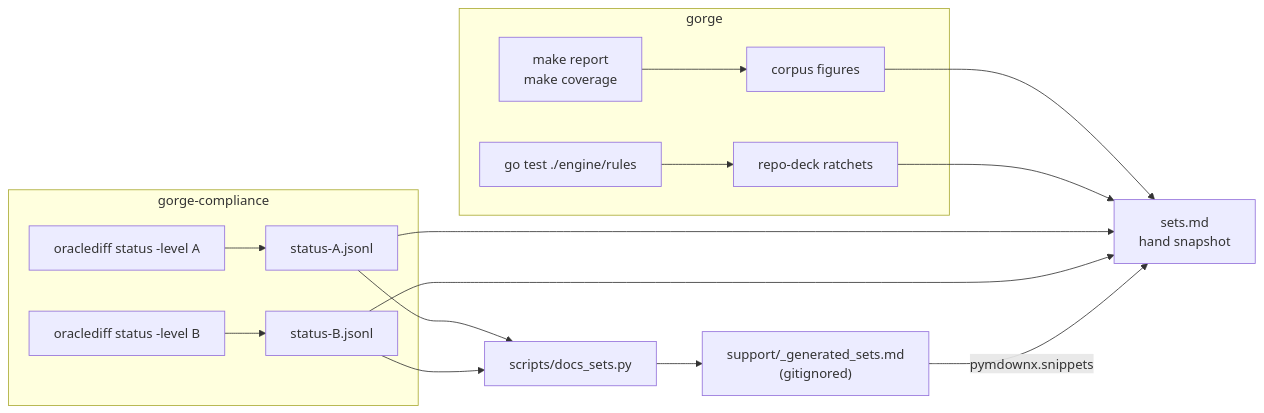
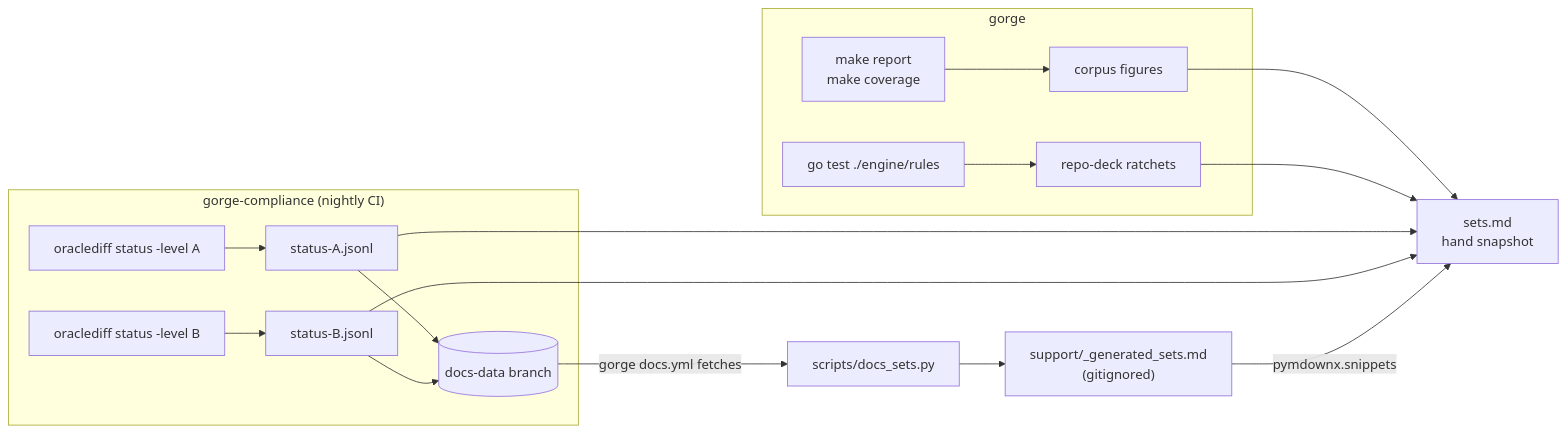
Before and after one commit to adams-shaun/gorge: the diagram in docs/site/support/regenerating.md, drawn with Mermaid. The commit also changed other lines of this file and 2 other files, not shown here.

First line of the commit message:
docs(ci): render the per-set support table from gorge-compliance's docs-data branch

````diff
--- a/docs/site/support/regenerating.md
+++ b/docs/site/support/regenerating.md
@@ -27,19 +27,20 @@
 ```mermaid
 flowchart LR
   subgraph gorge
     R["make report<br/>make coverage"] --> P1["corpus figures"]
     T["go test ./engine/rules"] --> P2["repo-deck ratchets"]
   end
-  subgraph gorge-compliance
+  subgraph gorge-compliance["gorge-compliance (nightly CI)"]
     SA["oraclediff status -level A"] --> JA["status-A.jsonl"]
     SB["oraclediff status -level B"] --> JB["status-B.jsonl"]
+    JA --> DD[("docs-data branch")]
+    JB --> DD
   end
-  JA --> DS["scripts/docs_sets.py"]
-  JB --> DS
+  DD -->|"gorge docs.yml fetches"| DS["scripts/docs_sets.py"]
   DS --> FR["support/_generated_sets.md<br/>(gitignored)"]
   P1 --> H["sets.md<br/>hand snapshot"]
   P2 --> H
   JA --> H
   JB --> H
   FR -->|"pymdownx.snippets"| H
 ```
````
